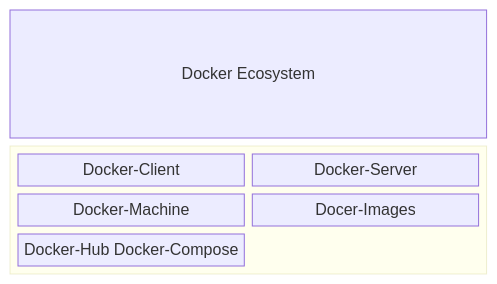
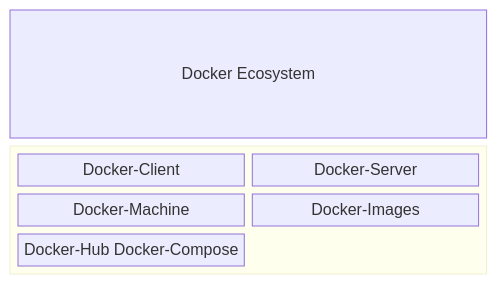
One commit to MrGOStepz/mrgostepz.github.io changed the first of 3 diagrams in Writerside/topics/Overview.md. Above: the diagram before and after it, drawn with Mermaid. The commit also changed other lines of this file and 1 other file, not shown here.

````diff
--- a/Writerside/topics/Overview.md
+++ b/Writerside/topics/Overview.md
@@ -4,10 +4,10 @@
 ```mermaid
 block-beta
   columns 2
   z:2
   z["Docker Ecosystem"]
   block:group1:2
     columns 2
-    a["Docker-Client"] b["Docker-Server"] c["Docker-Machine"] d["Docer-Images"] e["Docker-Hub Docker-Compose"]
+    a["Docker-Client"] b["Docker-Server"] c["Docker-Machine"] d["Docker-Images"] e["Docker-Hub Docker-Compose"]
   end
 ```
````
